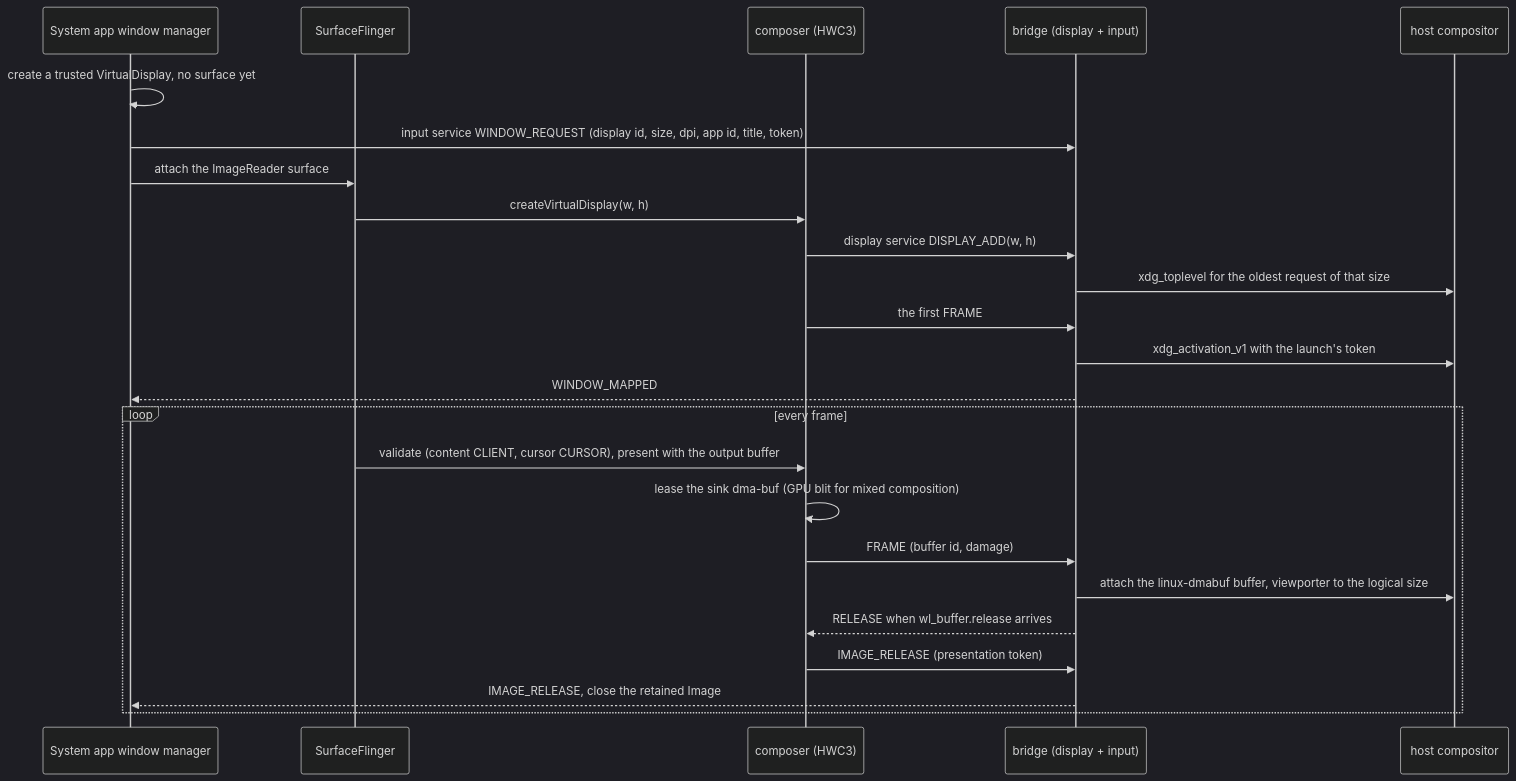
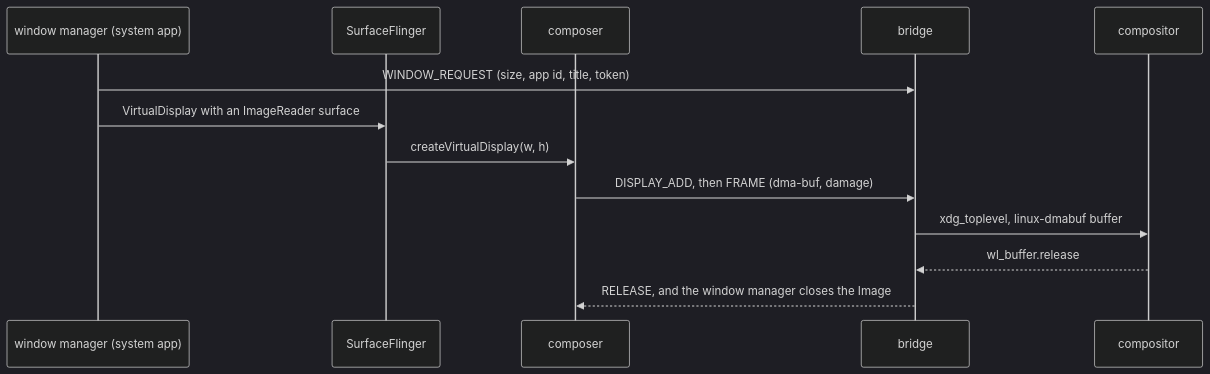
The diagram in docs/display.md (sargunv/innkeeper), drawn with Mermaid (dark theme) before and after one commit. The commit also changed other lines of this file and 12 other files, not shown here.

First line of the commit message:
docs: trim bridge-protocol, display and input to behaviour and reasons

````diff
--- a/docs/display.md
+++ b/docs/display.md
@@ -12,26 +12,15 @@
 ```mermaid
 sequenceDiagram
-  participant WM as System app window manager
+  participant WM as window manager (system app)
   participant SF as SurfaceFlinger
-  participant HWC as composer (HWC3)
-  participant BR as bridge (display + input)
-  participant WL as host compositor
-  WM->>WM: create a trusted VirtualDisplay, no surface yet
-  WM->>BR: input service WINDOW_REQUEST (display id, size, dpi, app id, title, token)
-  WM->>SF: attach the ImageReader surface
+  participant HWC as composer
+  participant BR as bridge
+  participant WL as compositor
+  WM->>BR: WINDOW_REQUEST (size, app id, title, token)
+  WM->>SF: VirtualDisplay with an ImageReader surface
   SF->>HWC: createVirtualDisplay(w, h)
-  HWC->>BR: display service DISPLAY_ADD(w, h)
-  BR->>WL: xdg_toplevel for the oldest request of that size
-  HWC->>BR: the first FRAME
-  BR->>WL: xdg_activation_v1 with the launch's token
-  BR-->>WM: WINDOW_MAPPED
-  loop every frame
-    SF->>HWC: validate (content CLIENT, cursor CURSOR), present with the output buffer
-    HWC->>HWC: lease the sink dma-buf (GPU blit for mixed composition)
-    HWC->>BR: FRAME (buffer id, damage)
-    BR->>WL: attach the linux-dmabuf buffer, viewporter to the logical size
-    BR-->>HWC: RELEASE when wl_buffer.release arrives
-    HWC->>BR: IMAGE_RELEASE (presentation token)
-    BR-->>WM: IMAGE_RELEASE, close the retained Image
-  end
+  HWC->>BR: DISPLAY_ADD, then FRAME (dma-buf, damage)
+  BR->>WL: xdg_toplevel, linux-dmabuf buffer
+  WL-->>BR: wl_buffer.release
+  BR-->>HWC: RELEASE, and the window manager closes the Image
 ```
````
